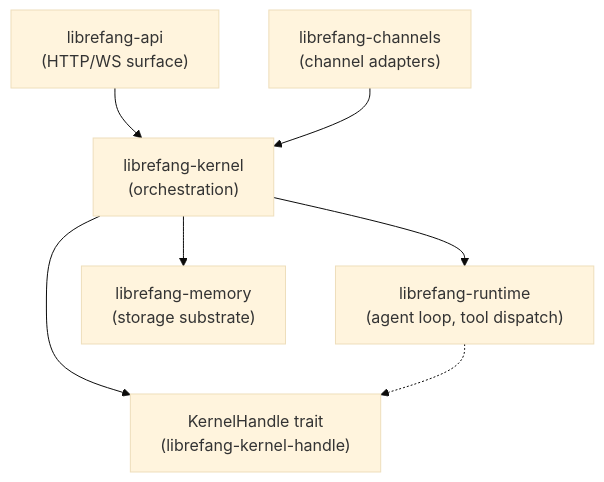
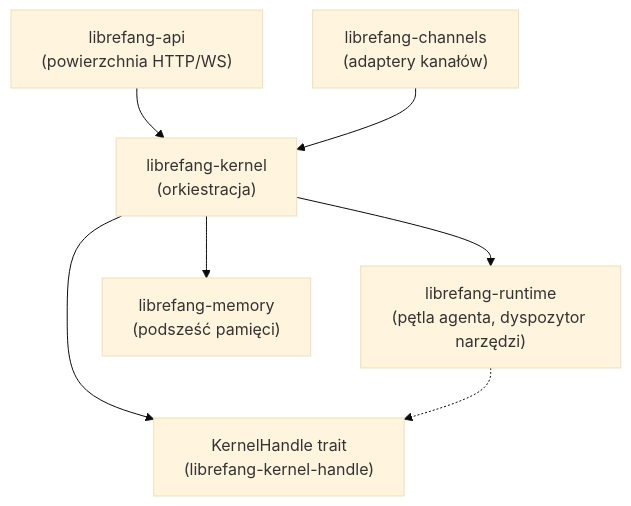
Before and after one commit to leszek3737/librefang-WIki: the diagram in crates-librefang-kernel.md, drawn with Mermaid (base theme). The commit also changed other lines of this file and 104 other files, not shown here.

````diff
--- a/crates-librefang-kernel.md
+++ b/crates-librefang-kernel.md
@@ -9,16 +9,16 @@
 ```mermaid
 graph TB
-    API["librefang-api<br/>(HTTP/WS surface)"]
-    KERNEL["librefang-kernel<br/>(orchestration)"]
-    RT["librefang-runtime<br/>(agent loop, tool dispatch)"]
-    MEM["librefang-memory<br/>(storage substrate)"]
-    CH["librefang-channels<br/>(channel adapters)"]
+    API["librefang-api<br/>(powierzchnia HTTP/WS)"]
+    KERNEL["librefang-kernel<br/>(orkiestracja)"]
+    RT["librefang-runtime<br/>(pętla agenta, dyspozytor narzędzi)"]
+    MEM["librefang-memory<br/>(podsześć pamięci)"]
+    CH["librefang-channels<br/>(adaptery kanałów)"]
 
     API --> KERNEL
     KERNEL --> RT
     KERNEL --> MEM
     CH --> KERNEL
 
     KERNEL --> KH["KernelHandle trait<br/>(librefang-kernel-handle)"]
     RT -.-> KH
 ```
````
